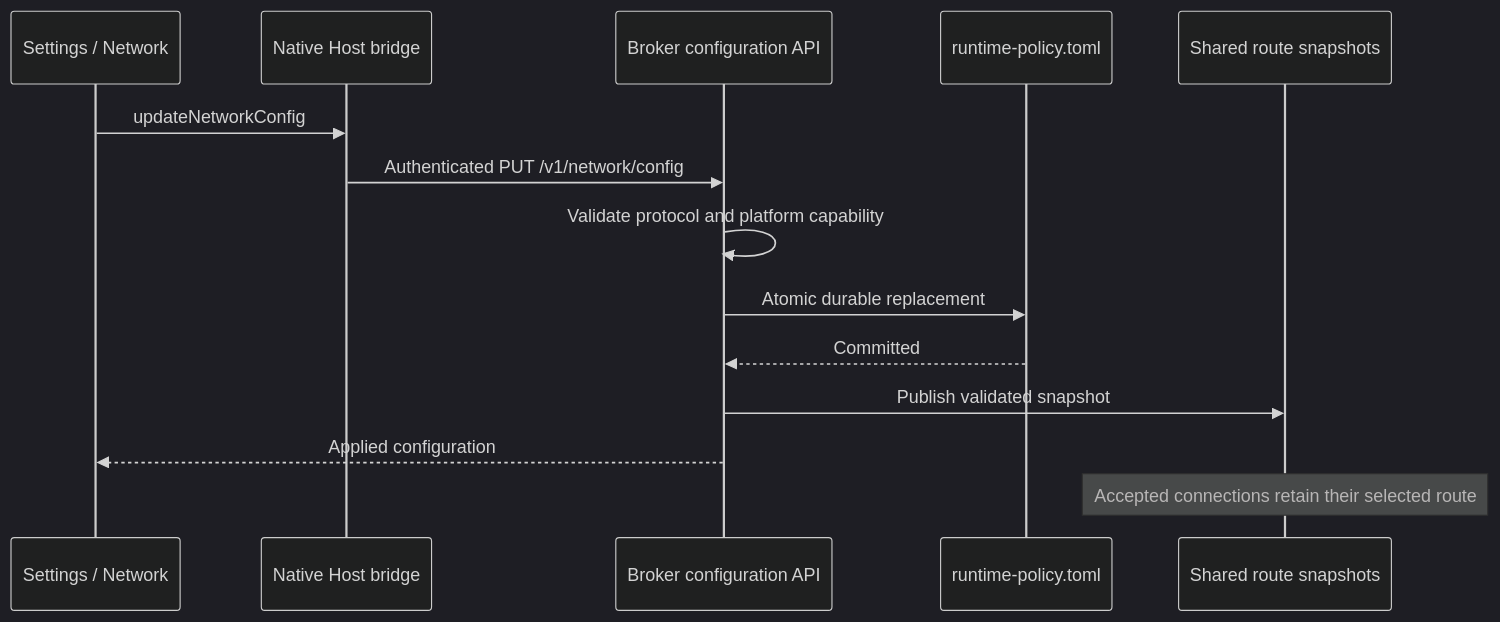
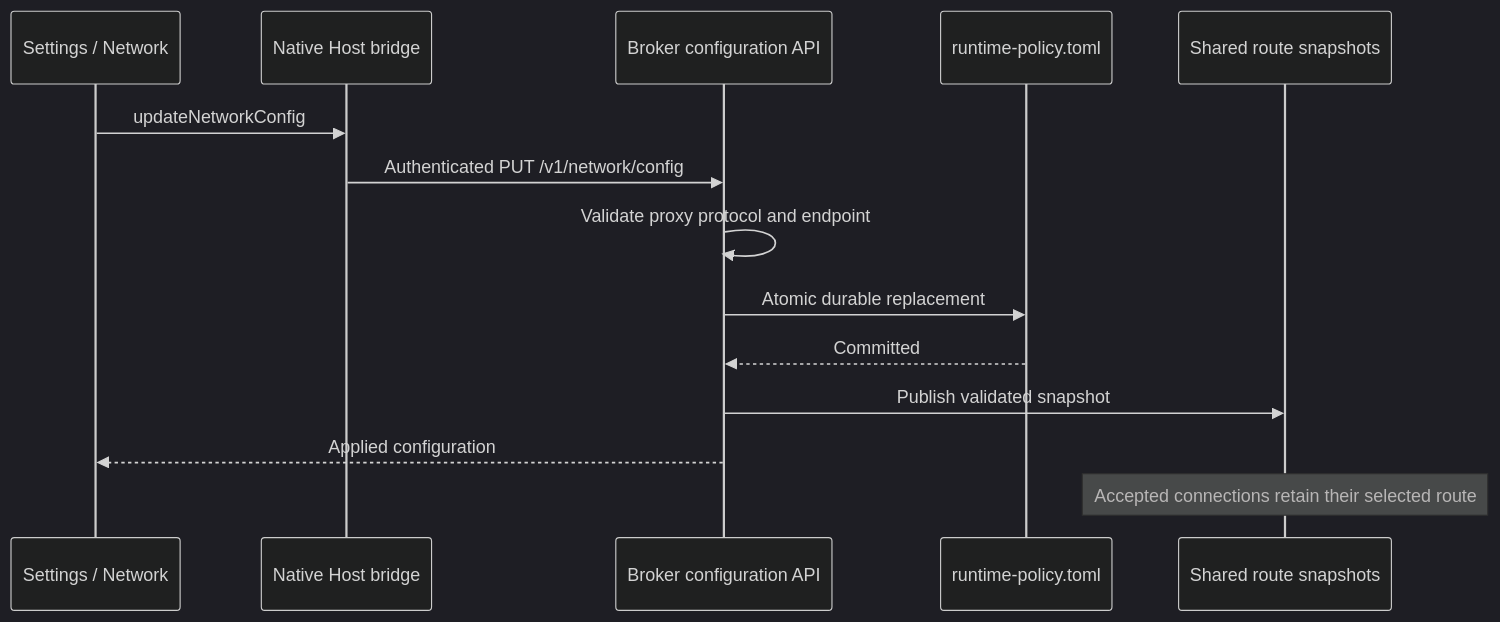
The third of 3 diagrams in docs/transparent-upstream-routing.md (lexmount/abyss-rs), drawn with Mermaid (dark theme) before and after one commit. The commit also changed other lines of this file and 23 other files, not shown here.

````diff
--- a/docs/transparent-upstream-routing.md
+++ b/docs/transparent-upstream-routing.md
@@ -59,16 +65,16 @@
 ```mermaid
 sequenceDiagram
     participant UI as Settings / Network
     participant Host as Native Host bridge
     participant API as Broker configuration API
     participant Disk as runtime-policy.toml
     participant Route as Shared route snapshots
     UI->>Host: updateNetworkConfig
     Host->>API: Authenticated PUT /v1/network/config
-    API->>API: Validate protocol and platform capability
+    API->>API: Validate proxy protocol and endpoint
     API->>Disk: Atomic durable replacement
     Disk-->>API: Committed
     API->>Route: Publish validated snapshot
     API-->>UI: Applied configuration
     Note over Route: Accepted connections retain their selected route
 ```
````
